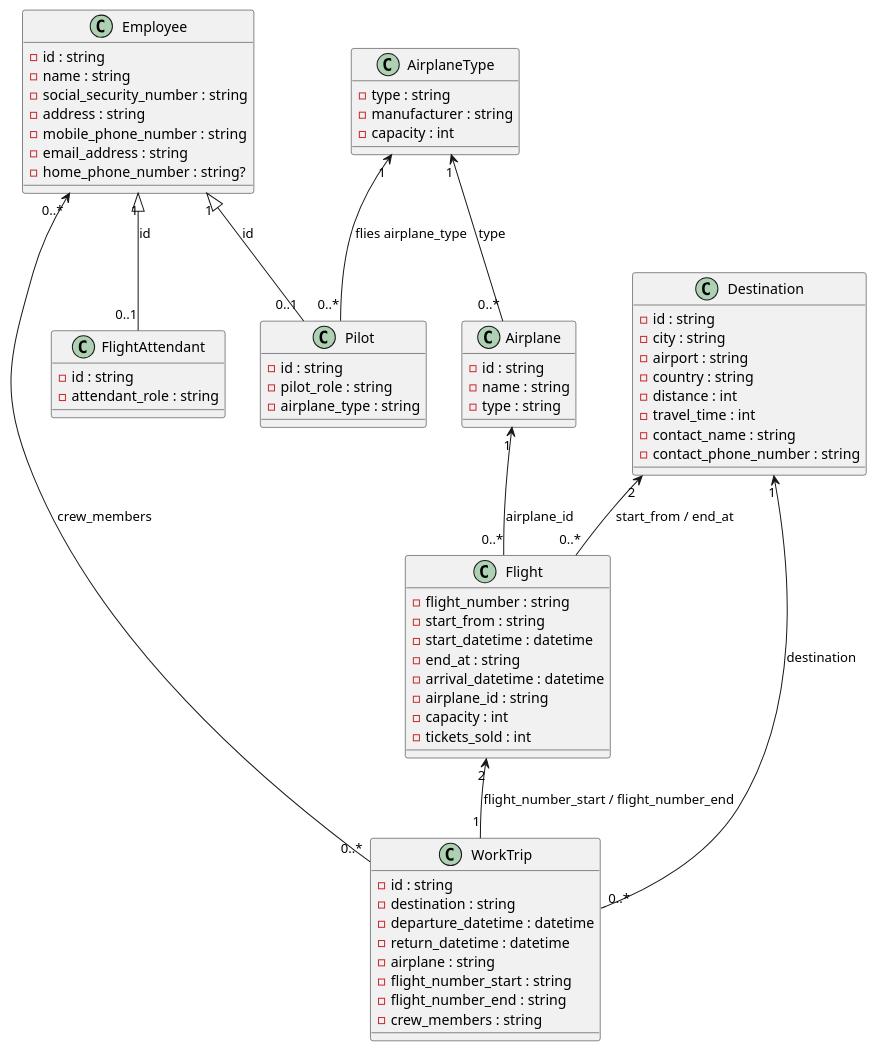
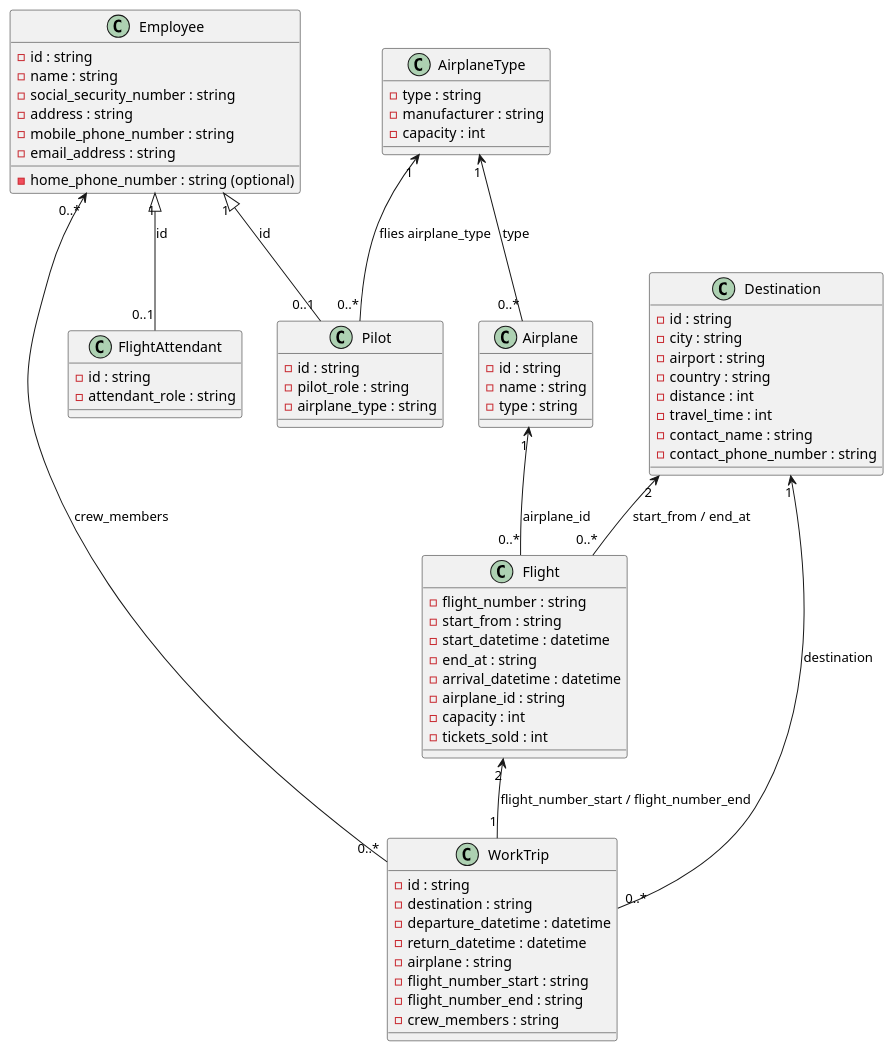
One commit to GiantMushy/NanAir changed the diagram in Planning/Class Diagrams/ModelClassDiagram.puml. Above: the diagram before and after it, drawn with PlantUML. The commit also changed 1 other file, not shown here.

```diff
--- a/Planning/Class Diagrams/ModelClassDiagram.puml
+++ b/Planning/Class Diagrams/ModelClassDiagram.puml
@@ -1,84 +1,84 @@
 @startuml
 
 class Employee {
     - id : string
     - name : string
     - social_security_number : string
     - address : string
     - mobile_phone_number : string
     - email_address : string
-    - home_phone_number : string?
+    - home_phone_number : string (optional)
 }
 
 class FlightAttendant {
     - id : string
     - attendant_role : string
 }
 
 class Pilot {
     - id : string
     - pilot_role : string
     - airplane_type : string
 }
 
 
 class Airplane {
     - id : string
     - name : string
     - type : string
 }
 
 class AirplaneType {
     - type : string
     - manufacturer : string
     - capacity : int
 }
 
 
 
 
 class Flight {
     - flight_number : string
     - start_from : string
     - start_datetime : datetime
     - end_at : string
     - arrival_datetime : datetime
     - airplane_id : string
     - capacity : int
     - tickets_sold : int
 }
 
 class Destination {
     - id : string
     - city : string
     - airport : string
     - country : string
     - distance : int
     - travel_time : int
     - contact_name : string
     - contact_phone_number : string
 }
 
 
 class WorkTrip {
     - id : string
     - destination : string
     - departure_datetime : datetime
     - return_datetime : datetime
     - airplane : string
     - flight_number_start : string
     - flight_number_end : string
     - crew_members : string
 }
 
 AirplaneType "1" <-- "0..*" Airplane : type
 Destination "2" <-- "0..*" Flight : start_from / end_at
 Employee "1" <|-- "0..1" FlightAttendant : id
 Employee "1" <|-- "0..1" Pilot : id
 AirplaneType "1" <-- "0..*" Pilot : flies airplane_type
 Airplane "1" <-- "0..*" Flight : airplane_id
 Destination "1" <-- "0..*" WorkTrip : destination
 Flight "2" <-- "1" WorkTrip : flight_number_start / flight_number_end
 Employee "0..*" <-- "0..*" WorkTrip : crew_members
 
 @enduml
```
